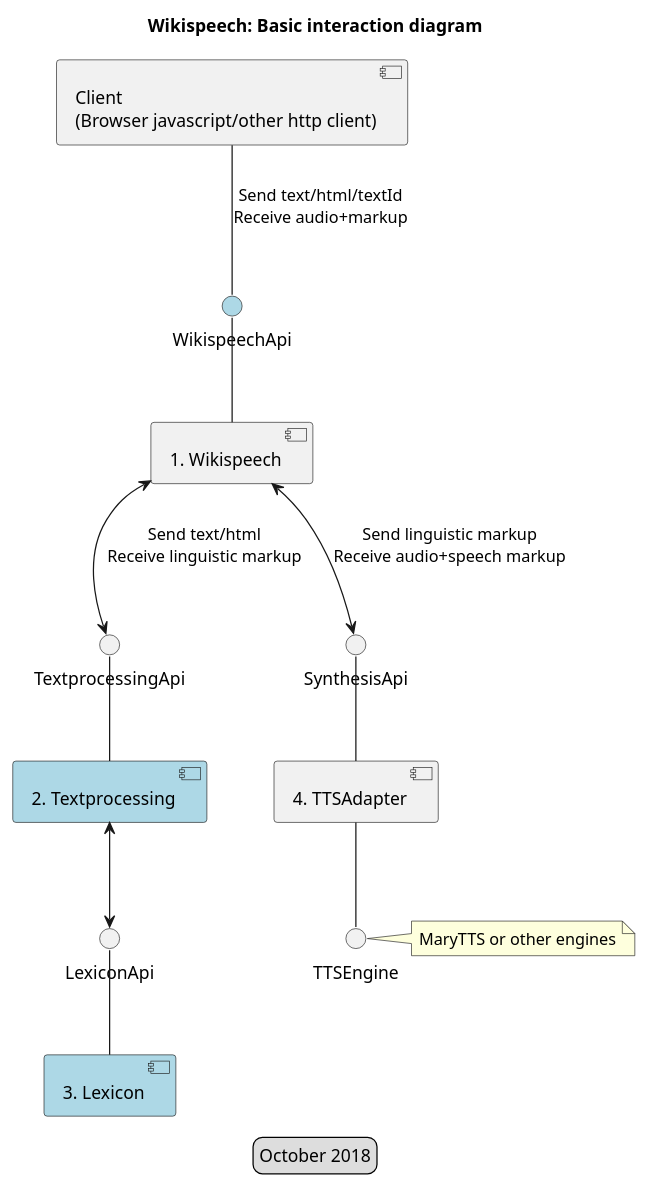
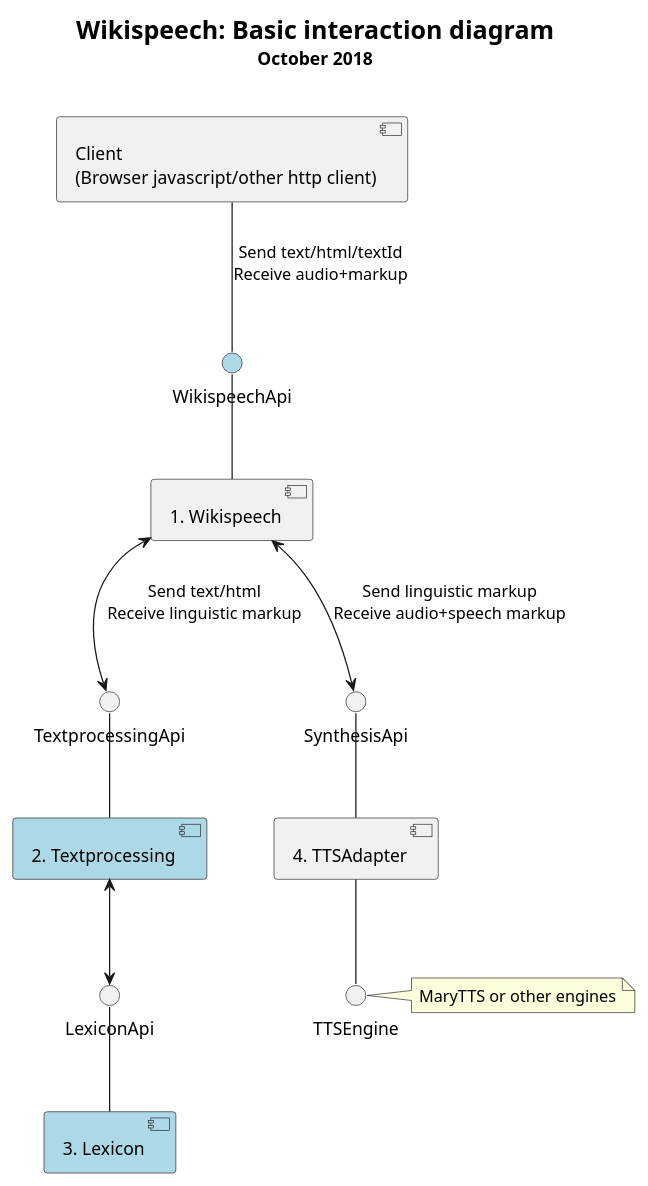
Before and after one commit to stts-se/wikispeech-server: the diagram in docs/uml/interaction_diagram.puml, drawn with PlantUML. The commit also changed 2 other files, not shown here.

Commit message:
interaction diagram

```diff
--- a/docs/uml/interaction_diagram.puml
+++ b/docs/uml/interaction_diagram.puml
@@ -1,50 +1,48 @@
 @startuml
 
 title
-Wikispeech: Basic interaction diagram
+<size:20>**Wikispeech: Basic interaction diagram**</size>
+<size:14>October 2018</size>
+<size:14></size>
 end title
 
 component "Client\n(Browser javascript/other http client)" as Client
 
 component "1. Wikispeech" as Wikispeech
 component "2. Textprocessing" as Textprocessing #lightblue
 url of Textprocessing is [[textprocessing2.svg]]
 
 component "3. Lexicon" as Lexicon #lightblue
 url of Lexicon is [[Lexicon.svg]]
 
 component "4. TTSAdapter" as Synthesis
 
 interface WikispeechApi #lightblue
 url of WikispeechApi is [[WikispeechApi.svg]]
 
 interface TextprocessingApi
 interface LexiconApi
 interface SynthesisApi
 
 Client -- WikispeechApi : "Send text/html/textId\nReceive audio+markup"
 
 WikispeechApi -- Wikispeech
 
 Wikispeech <--> TextprocessingApi : "Send text/html\nReceive linguistic markup"
 
 
 
 Wikispeech <--> SynthesisApi : "Send linguistic markup\nReceive audio+speech markup"
 SynthesisApi -- Synthesis
 
 Synthesis -- TTSEngine
 
 note right
 MaryTTS or other engines
 end note
 
 TextprocessingApi -- Textprocessing
 Textprocessing <--> LexiconApi
 LexiconApi -- Lexicon
 
-legend
-October 2018
-end legend
-
 @enduml
```
